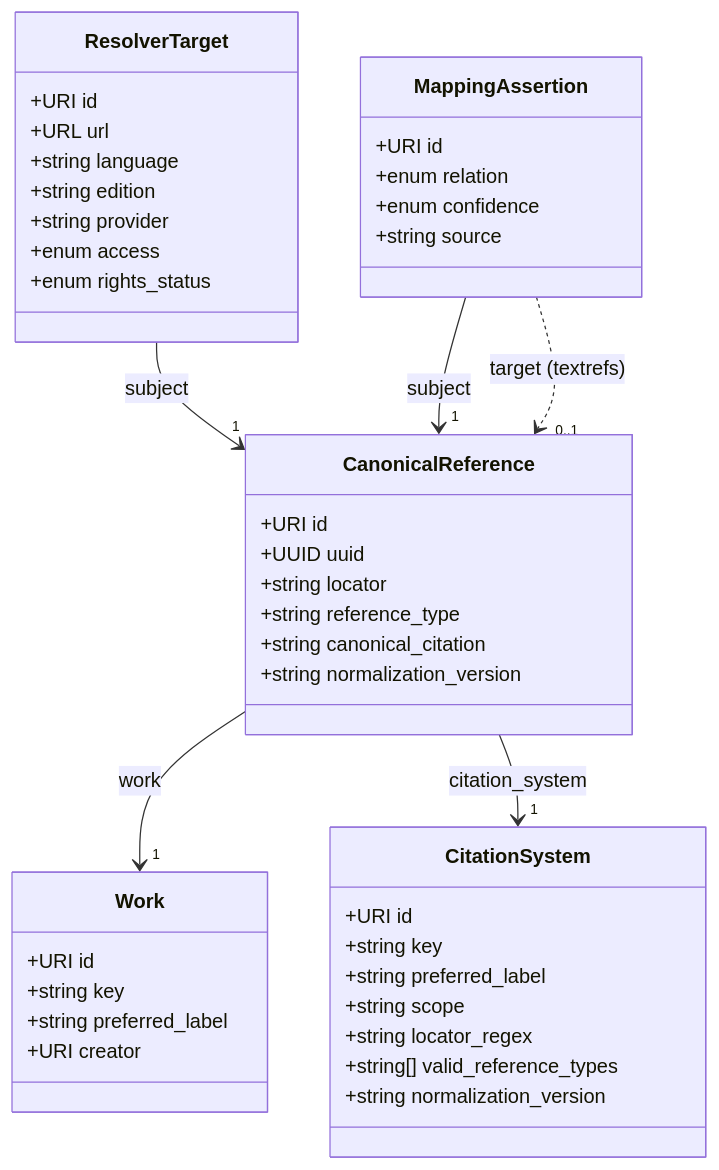
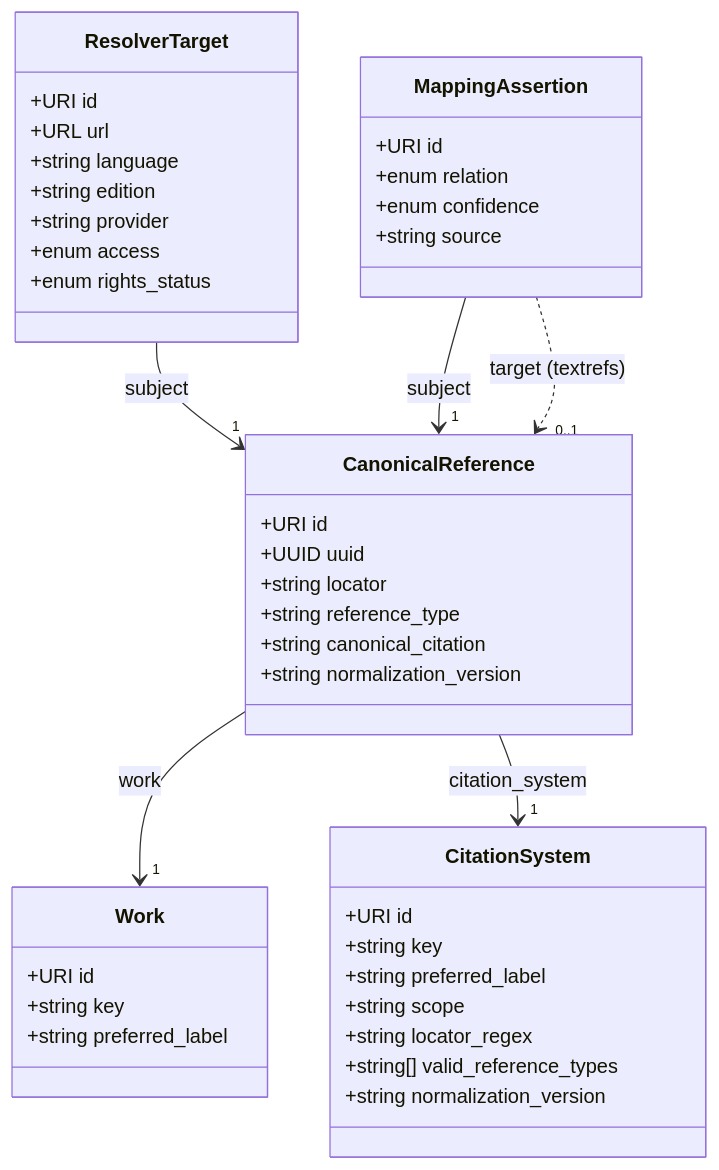
Before and after one commit to textrefs/textrefs.org: the diagram in src/content/docs/standard/specification.md, drawn with Mermaid. The commit also changed other lines of this file, not shown here.

First line of the commit message:
docs(standard): drop creator from the Work model

````diff
--- a/src/content/docs/standard/specification.md
+++ b/src/content/docs/standard/specification.md
@@ -67,46 +67,45 @@
 ```mermaid
 classDiagram
     class Work {
         +URI id
         +string key
         +string preferred_label
-        +URI creator
     }
     class CitationSystem {
         +URI id
         +string key
         +string preferred_label
         +string scope
         +string locator_regex
         +string[] valid_reference_types
         +string normalization_version
     }
     class CanonicalReference {
         +URI id
         +UUID uuid
         +string locator
         +string reference_type
         +string canonical_citation
         +string normalization_version
     }
     class ResolverTarget {
         +URI id
         +URL url
         +string language
         +string edition
         +string provider
         +enum access
         +enum rights_status
     }
     class MappingAssertion {
         +URI id
         +enum relation
         +enum confidence
         +string source
     }
     CanonicalReference --> "1" Work : work
     CanonicalReference --> "1" CitationSystem : citation_system
     ResolverTarget --> "1" CanonicalReference : subject
     MappingAssertion --> "1" CanonicalReference : subject
     MappingAssertion ..> "0..1" CanonicalReference : target (textrefs)
 ```
````
